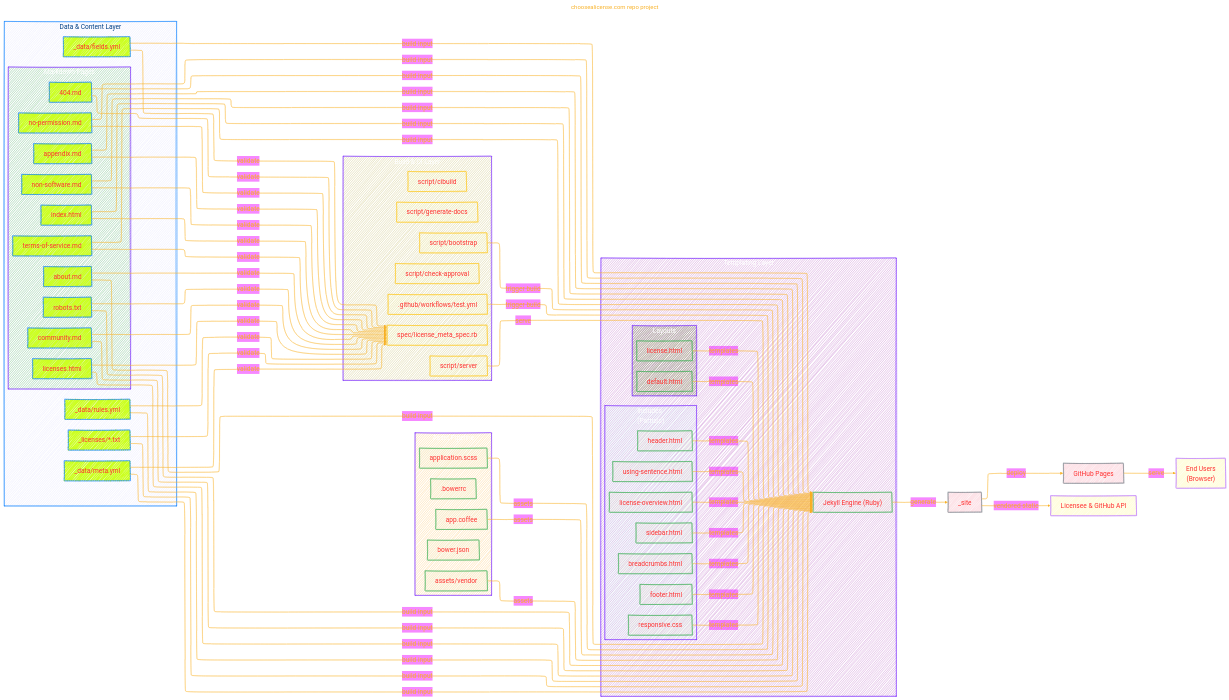
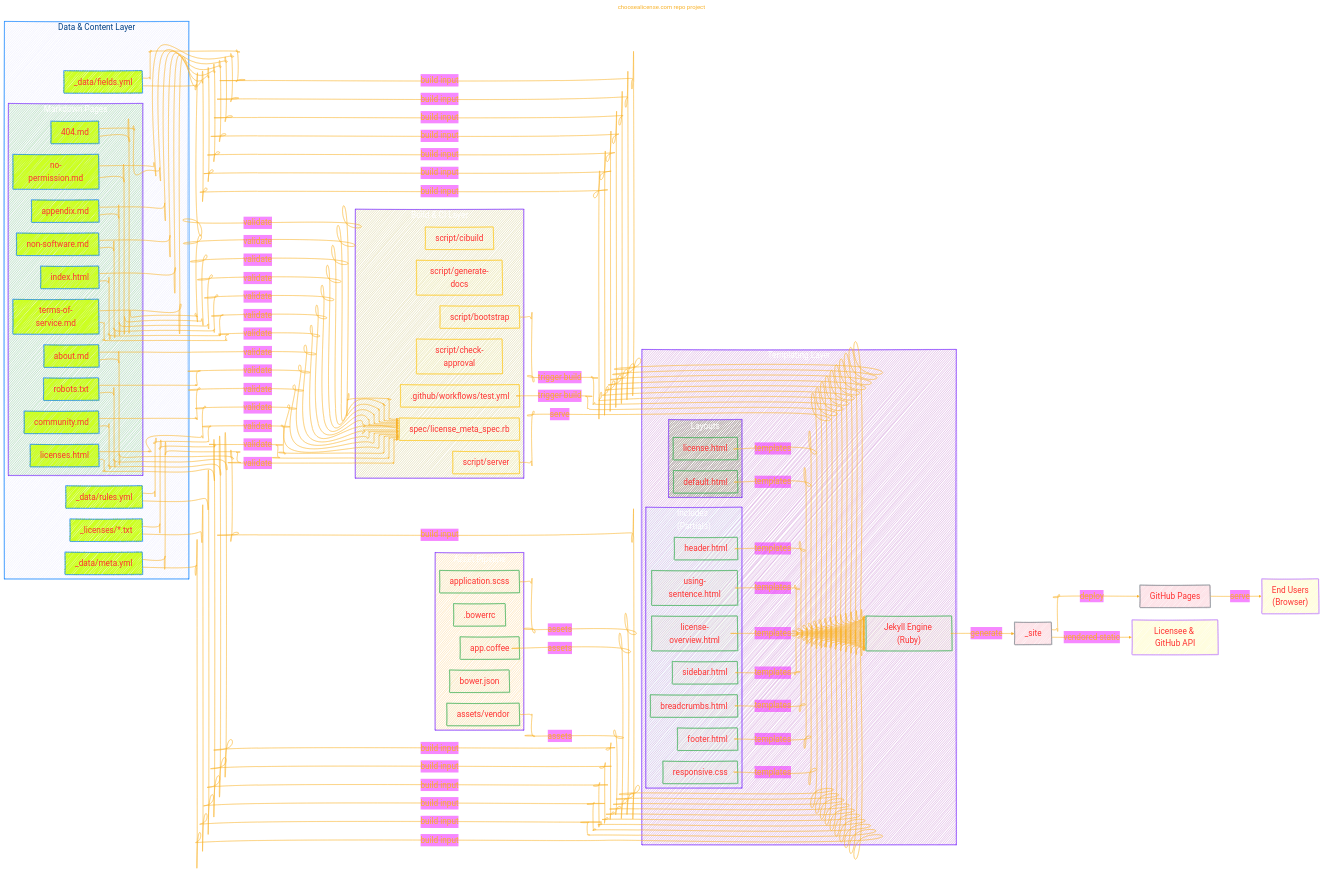
The first of 2 diagrams in GITHUB/choosealicense.com.md (CongLeSolutionX/ArchExplorer), drawn with Mermaid before and after one commit.

Commit message:
update notes

```diff
--- a/GITHUB/choosealicense.com.md
+++ b/GITHUB/choosealicense.com.md
@@ -57,8 +57,8 @@
 %% basis, bumpX, bumpY, cardinal, catmullRom, linear, monotoneX, monotoneY, natural, step, stepAfter, stepBefore.
 %%{
   init: {
-    'flowchart': { 'htmlLabels': true, 'curve': 'basis' },
-    'fontFamily': 'American Typewriter, monospace',
+    'flowchart': { 'htmlLabels': true, 'curve': 'natural' },
+    'fontFamily': 'Fantasy, Impact',
     'logLevel': 'fatal',
     'themeVariables': {
       'primaryColor': '#22BB',
@@ -68,7 +68,7 @@
       'secondaryColor': '#E2F1',
       'secondaryTextColor': '#6C3483',
       'secondaryBorderColor': '#A569BD',
-      'fontSize': '20px'
+      'fontSize': '25px'
     }
   }
 }%%
```
